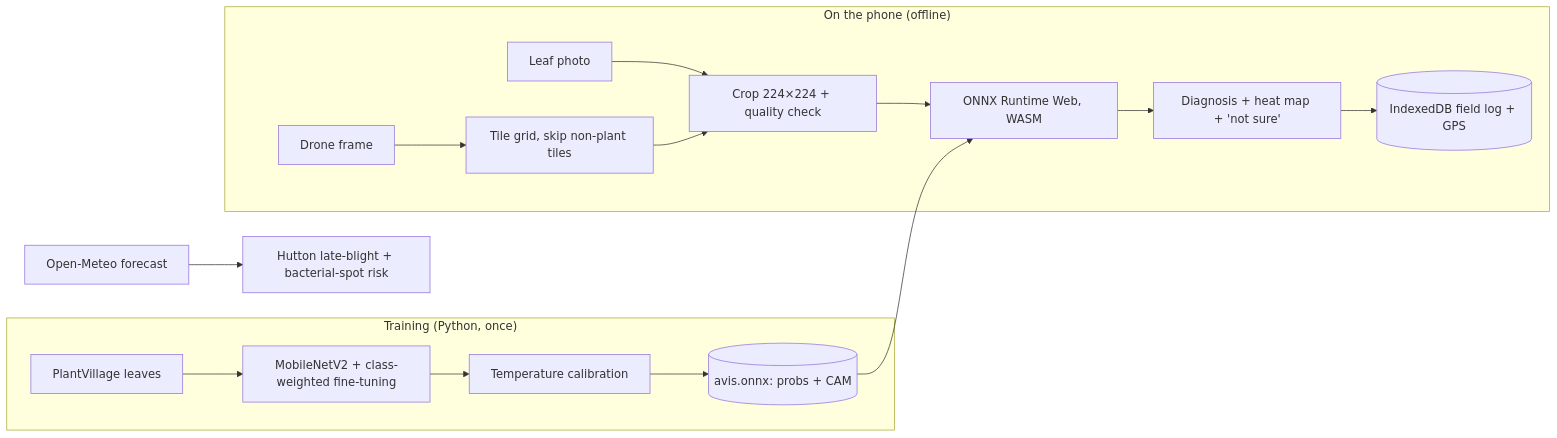
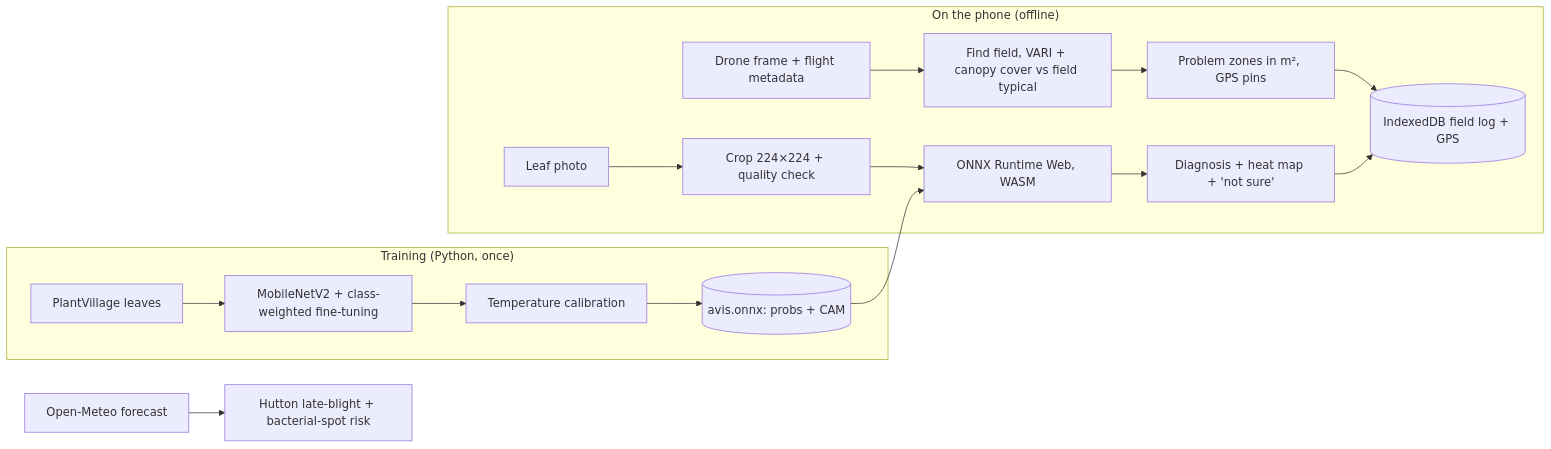
The diagram in README.md (khushi-agg/crophealth-ai), drawn with Mermaid before and after one commit. The commit also changed other lines of this file and 7 other files, not shown here.

First line of the commit message:
Bridge field gaps only from the chosen field; drone screenshots and docs

````diff
--- a/README.md
+++ b/README.md
@@ -99,18 +107,19 @@
 ```mermaid
 flowchart LR
   subgraph Train["Training (Python, once)"]
     A[PlantVillage leaves] --> B[MobileNetV2 + class-weighted fine-tuning]
     B --> C[Temperature calibration]
     C --> D[(avis.onnx: probs + CAM)]
   end
   subgraph Phone["On the phone (offline)"]
     E[Leaf photo] --> G[Crop 224×224 + quality check]
-    F[Drone frame] --> H[Tile grid, skip non-plant tiles]
-    H --> G
+    F[Drone frame + flight metadata] --> H[Find field, VARI + canopy cover vs field typical]
+    H --> K2[Problem zones in m², GPS pins]
+    K2 --> K
     G --> I[ONNX Runtime Web, WASM]
     D --> I
     I --> J[Diagnosis + heat map + 'not sure']
     J --> K[(IndexedDB field log + GPS)]
   end
   W[Open-Meteo forecast] --> R[Hutton late-blight + bacterial-spot risk]
 ```
````
